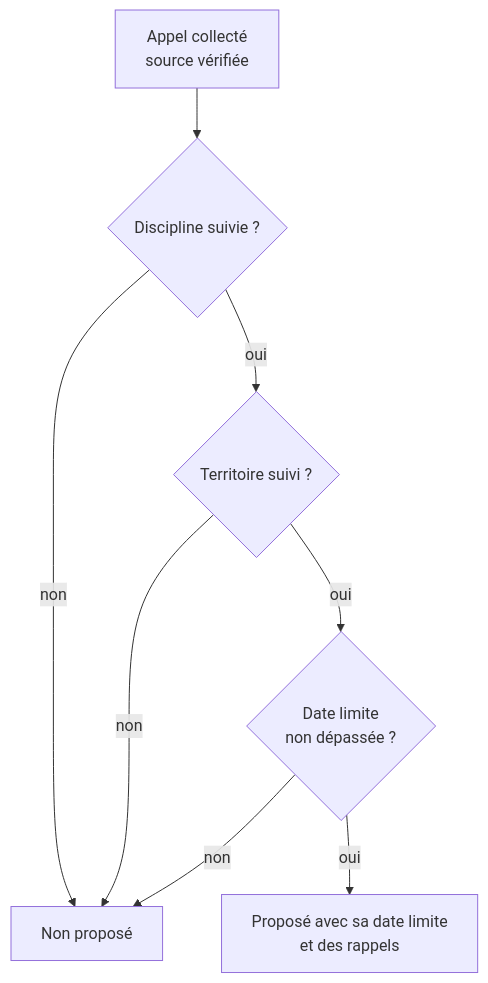
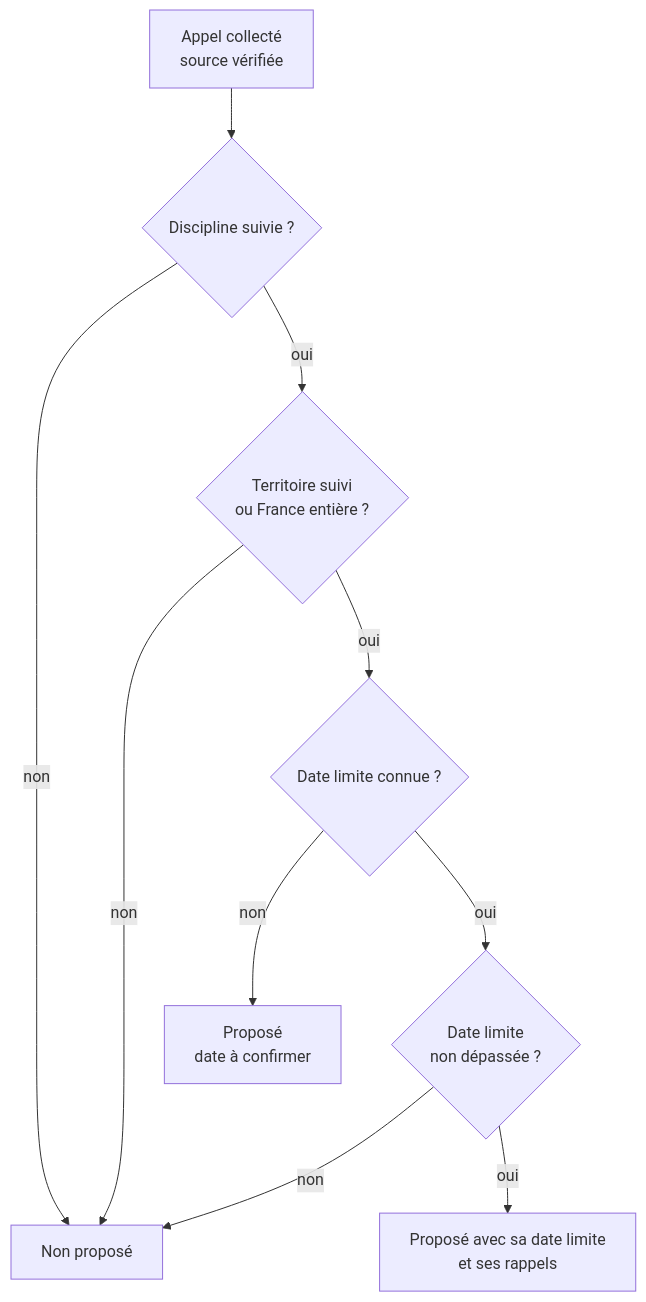
Before and after one commit to FTurleque/argos-tech-platform: the diagram in docs/specifications/profil-artiste.md, drawn with Mermaid. The commit also changed other lines of this file and 6 other files, not shown here.

````diff
--- a/docs/specifications/profil-artiste.md
+++ b/docs/specifications/profil-artiste.md
@@ -77,10 +102,12 @@
 ```mermaid
 flowchart TD
     A["Appel collecté<br/>source vérifiée"] --> B{"Discipline suivie ?"}
     B -- "non" --> X["Non proposé"]
-    B -- "oui" --> C{"Territoire suivi ?"}
+    B -- "oui" --> C{"Territoire suivi<br/>ou France entière ?"}
     C -- "non" --> X
-    C -- "oui" --> D{"Date limite<br/>non dépassée ?"}
-    D -- "non" --> X
-    D -- "oui" --> E["Proposé avec sa date limite<br/>et des rappels"]
+    C -- "oui" --> D{"Date limite connue ?"}
+    D -- "non" --> F["Proposé<br/>date à confirmer"]
+    D -- "oui" --> E{"Date limite<br/>non dépassée ?"}
+    E -- "non" --> X
+    E -- "oui" --> G["Proposé avec sa date limite<br/>et ses rappels"]
 ```
````
